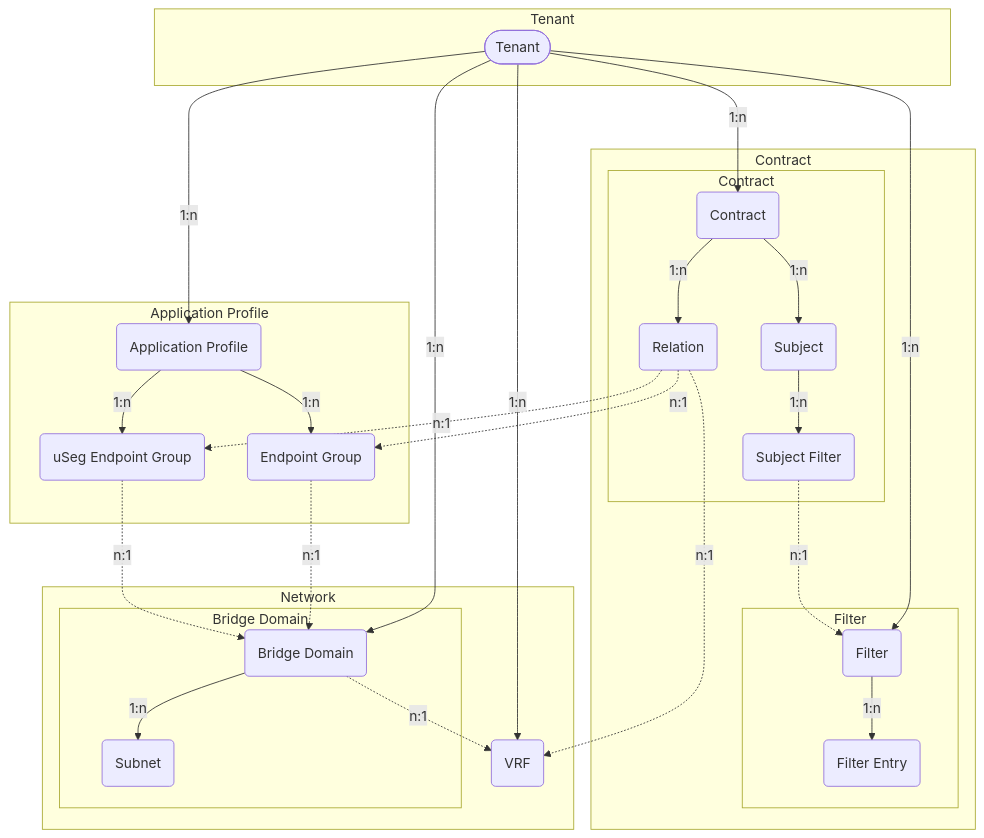
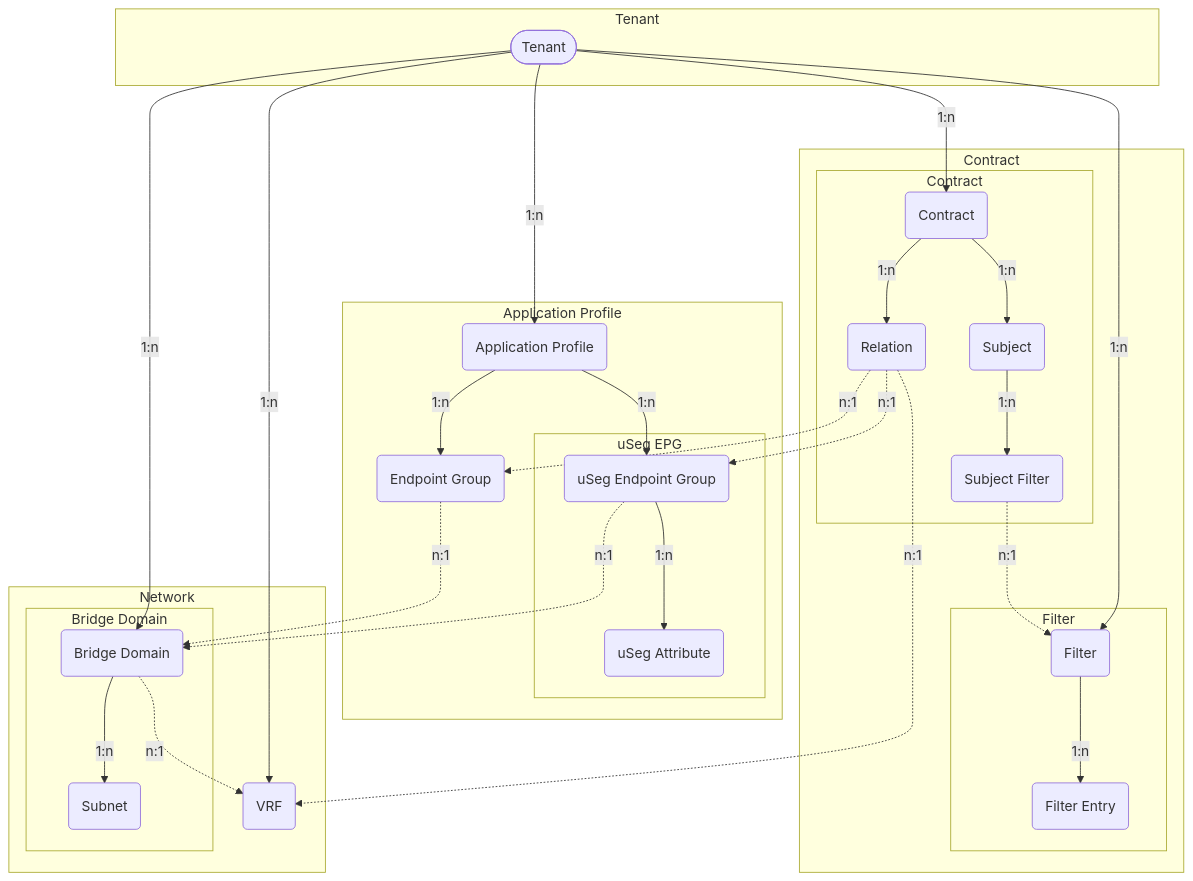
One commit to pheus/netbox-aci-plugin changed the diagram in docs/features/tenants.md. Above: the diagram before and after it, drawn with Mermaid. The commit also changed other lines of this file, not shown here.

First line of the commit message:
feat(docs): Add ACI uSeg Network Attribute docs

````diff
--- a/docs/features/tenants.md
+++ b/docs/features/tenants.md
@@ -6,50 +6,54 @@
 ```mermaid
 flowchart TD
     TN([Tenant])
     AP(Application Profile)
     EPG(Endpoint Group)
     USEGEPG(uSeg Endpoint Group)
+    USEGATTR(uSeg Attribute)
     VRF(VRF)
     BD(Bridge Domain)
     SN(Subnet)
     CT(Contract)
     CTR(Relation)
     SJ(Subject)
     SJF(Subject Filter)
     FT(Filter)
     FTE(Filter Entry)
     subgraph graphTN [Tenant]
         TN
     end
     subgraph graphAP [Application Profile]
         TN -->|1:n| AP
         AP -->|1:n| EPG
         AP -->|1:n| USEGEPG
+        subgraph graphUSEG [uSeg EPG]
+            USEGEPG -->|1:n| USEGATTR
+        end
     end
     subgraph graphNW [Network]
         subgraph graphBD [Bridge Domain]
             TN -->|1:n| BD
             BD -->|1:n| SN
         end
         BD -.->|n:1| VRF
         TN -->|1:n| VRF
     end
     subgraph graphCT [Contract]
         subgraph graphCTS [Contract]
             TN -->|1:n| CT
             CT -->|1:n| SJ
             CT -->|1:n| CTR
             SJ -->|1:n| SJF
         end
         subgraph graphFT [Filter]
             TN -->|1:n| FT
             FT -->|1:n| FTE
         end
         SJF -.->|n:1| FT
         CTR -.->|n:1| EPG
         CTR -.->|n:1| USEGEPG
         CTR -.->|n:1| VRF
     end
     EPG -.->|n:1| BD
     USEGEPG -.->|n:1| BD
 ```
````
